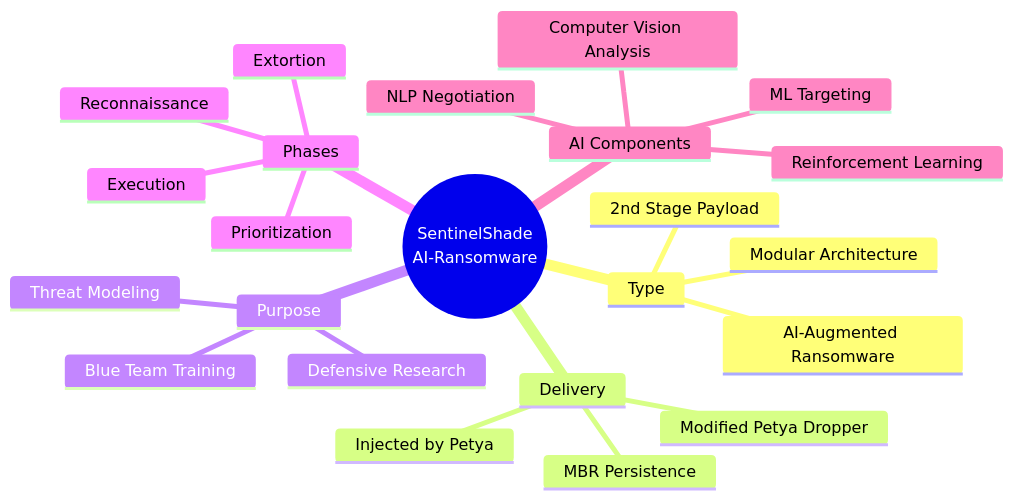
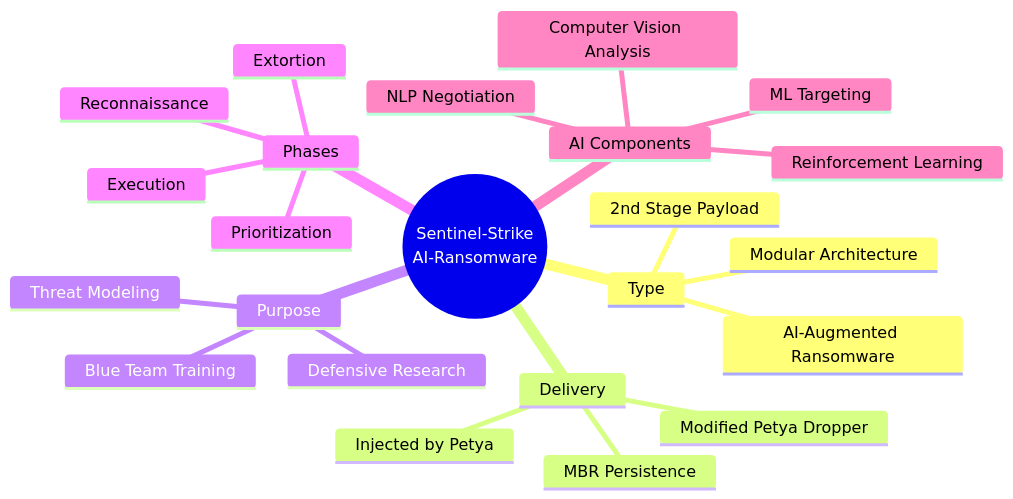
Before and after one commit to Insider77Circle/Sentinel-Strike: the third of 15 diagrams in Readme.md, drawn with Mermaid. The commit also changed other lines of this file, not shown here.

First line of the commit message:
Replace SentinelShade with Sentinel-Strike and add performance enhancements

````diff
--- a/Readme.md
+++ b/Readme.md
@@ -184,26 +185,26 @@
 ```mermaid
 mindmap
-  root((SentinelShade<br/>AI-Ransomware))
+  root((Sentinel-Strike<br/>AI-Ransomware))
     Type
       2nd Stage Payload
       AI-Augmented Ransomware
       Modular Architecture
     Delivery
       Injected by Petya
       Modified Petya Dropper
       MBR Persistence
     Purpose
       Threat Modeling
       Defensive Research
       Blue Team Training
     Phases
       Reconnaissance
       Prioritization
       Execution
       Extortion
     AI Components
       ML Targeting
       NLP Negotiation
       Computer Vision Analysis
       Reinforcement Learning
 ```
````
